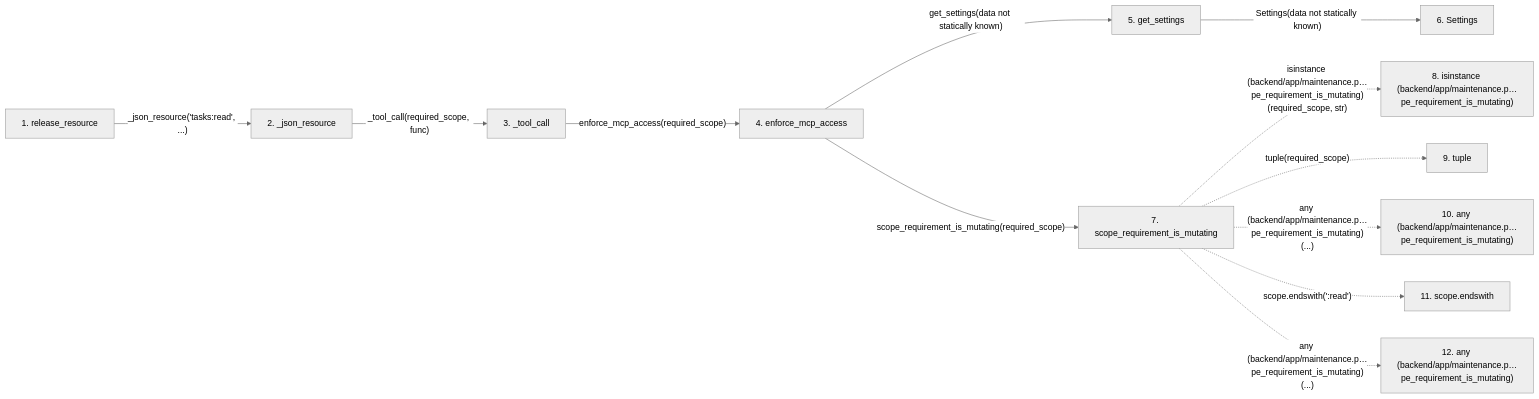
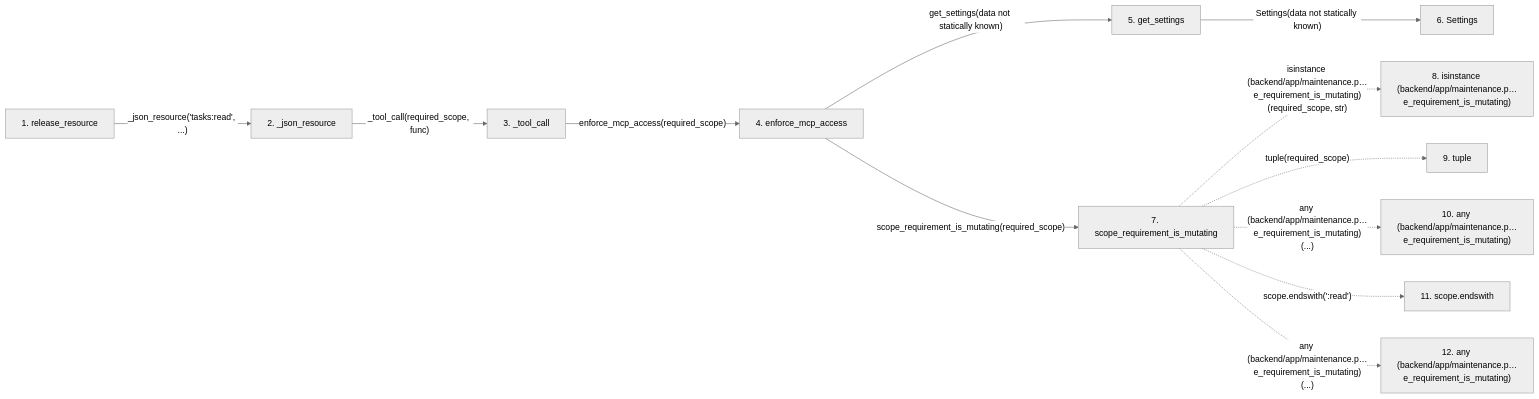
The second of 2 diagrams in docs/llm_wiki/flows/mcp-release_resource.md (Denissvgn/WorkChord), drawn with Mermaid (neutral theme) before and after one commit. The commit also changed other lines of this file and 1888 other files, not shown here.

````diff
--- a/docs/llm_wiki/flows/mcp-release_resource.md
+++ b/docs/llm_wiki/flows/mcp-release_resource.md
@@ -89,33 +91,33 @@
 ```mermaid
 flowchart LR
     s1["1. release_resource"]
     s2["2. _json_resource"]
     s3["3. _tool_call"]
     s4["4. enforce_mcp_access"]
     s5["5. get_settings"]
     s6["6. Settings"]
     s7["7. scope_requirement_is_mutating"]
-    s8["8. isinstance (backend/app/maintenance.p…pe_requirement_is_mutating)"]
+    s8["8. isinstance (backend/app/maintenance.p…e_requirement_is_mutating)"]
     s9["9. tuple"]
-    s10["10. any (backend/app/maintenance.p…pe_requirement_is_mutating)"]
+    s10["10. any (backend/app/maintenance.p…e_requirement_is_mutating)"]
     s11["11. scope.endswith"]
-    s12["12. any (backend/app/maintenance.p…pe_requirement_is_mutating)"]
+    s12["12. any (backend/app/maintenance.p…e_requirement_is_mutating)"]
     s1 -->|"_json_resource('tasks:read', ...)"| s2
     s2 -->|"_tool_call(required_scope, func)"| s3
     s3 -->|"enforce_mcp_access(required_scope)"| s4
     s4 -->|"get_settings(data not statically known)"| s5
     s5 -->|"Settings(data not statically known)"| s6
     s4 -->|"scope_requirement_is_mutating(required_scope)"| s7
-    s7 -. "isinstance (backend/app/maintenance.p…pe_requirement_is_mutating)(required_scope, str)" .-> s8
+    s7 -. "isinstance (backend/app/maintenance.p…e_requirement_is_mutating)(required_scope, str)" .-> s8
     s7 -. "tuple(required_scope)" .-> s9
-    s7 -. "any (backend/app/maintenance.p…pe_requirement_is_mutating)(...)" .-> s10
+    s7 -. "any (backend/app/maintenance.p…e_requirement_is_mutating)(...)" .-> s10
     s7 -. "scope.endswith(':read')" .-> s11
-    s7 -. "any (backend/app/maintenance.p…pe_requirement_is_mutating)(...)" .-> s12
+    s7 -. "any (backend/app/maintenance.p…e_requirement_is_mutating)(...)" .-> s12
     click s1 "../modules/mcp_server.md"
     click s2 "../modules/mcp_server.md"
     click s3 "../modules/mcp_server.md"
     click s4 "../modules/maintenance.md"
     click s5 "../modules/config.md"
     click s6 "../modules/config.md"
     click s7 "../modules/maintenance.md"
 ```
````
